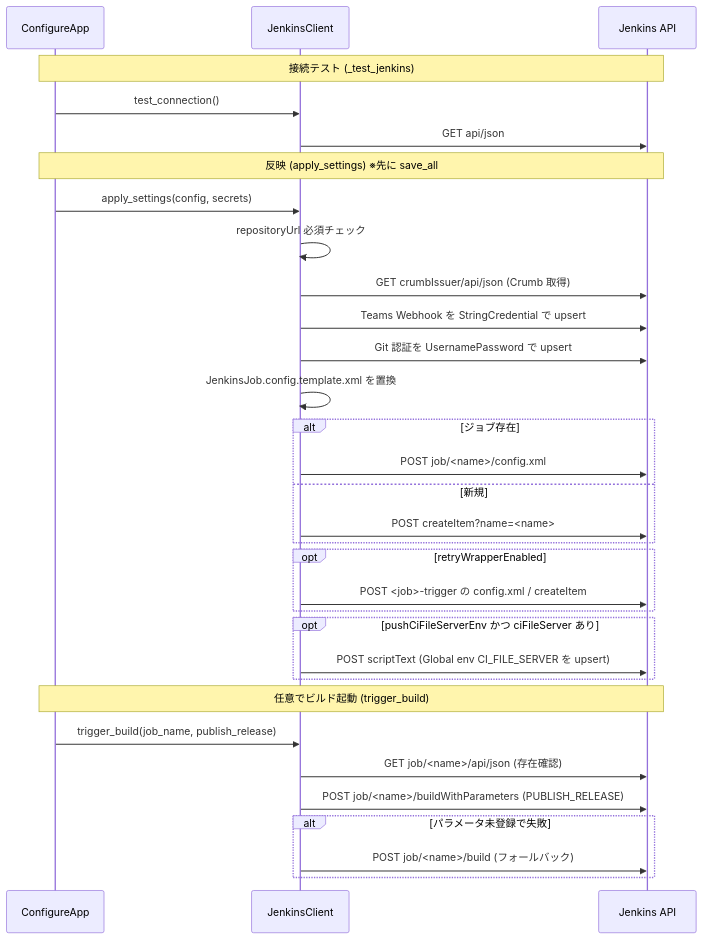
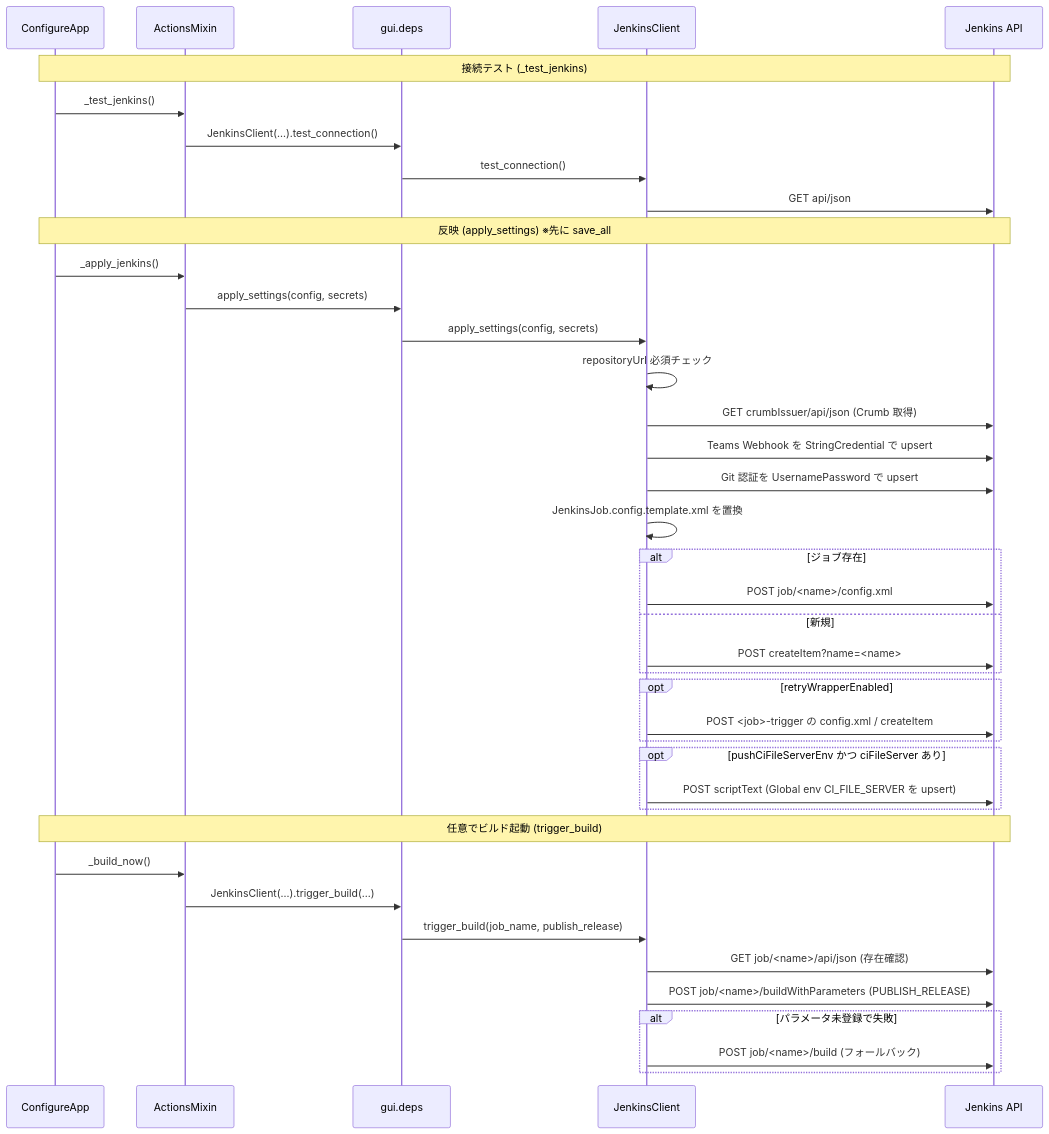
Before and after one commit to gt-ynakamatsu/ci-setup-tool: the tenth of 13 diagrams in docs/DESIGN.md, drawn with Mermaid. The commit also changed other lines of this file and 3 other files, not shown here.

````diff
--- a/docs/DESIGN.md
+++ b/docs/DESIGN.md
@@ -732,37 +931,45 @@
 ```mermaid
 sequenceDiagram
     participant App as ConfigureApp
+    participant Ops as ActionsMixin
+    participant Deps as gui.deps
     participant JC as JenkinsClient
     participant J as Jenkins API
 
     Note over App,J: 接続テスト (_test_jenkins)
-    App->>JC: test_connection()
+    App->>Ops: _test_jenkins()
+    Ops->>Deps: JenkinsClient(...).test_connection()
+    Deps->>JC: test_connection()
     JC->>J: GET api/json
 
     Note over App,J: 反映 (apply_settings) ※先に save_all
-    App->>JC: apply_settings(config, secrets)
+    App->>Ops: _apply_jenkins()
+    Ops->>Deps: apply_settings(config, secrets)
+    Deps->>JC: apply_settings(config, secrets)
     JC->>JC: repositoryUrl 必須チェック
     JC->>J: GET crumbIssuer/api/json (Crumb 取得)
     JC->>J: Teams Webhook を StringCredential で upsert
     JC->>J: Git 認証を UsernamePassword で upsert
     JC->>JC: JenkinsJob.config.template.xml を置換
     alt ジョブ存在
         JC->>J: POST job/<name>/config.xml
     else 新規
         JC->>J: POST createItem?name=<name>
     end
     opt retryWrapperEnabled
         JC->>J: POST <job>-trigger の config.xml / createItem
     end
     opt pushCiFileServerEnv かつ ciFileServer あり
         JC->>J: POST scriptText (Global env CI_FILE_SERVER を upsert)
     end
 
     Note over App,J: 任意でビルド起動 (trigger_build)
-    App->>JC: trigger_build(job_name, publish_release)
+    App->>Ops: _build_now()
+    Ops->>Deps: JenkinsClient(...).trigger_build(...)
+    Deps->>JC: trigger_build(job_name, publish_release)
     JC->>J: GET job/<name>/api/json (存在確認)
     JC->>J: POST job/<name>/buildWithParameters (PUBLISH_RELEASE)
     alt パラメータ未登録で失敗
         JC->>J: POST job/<name>/build (フォールバック)
     end
 ```
````
